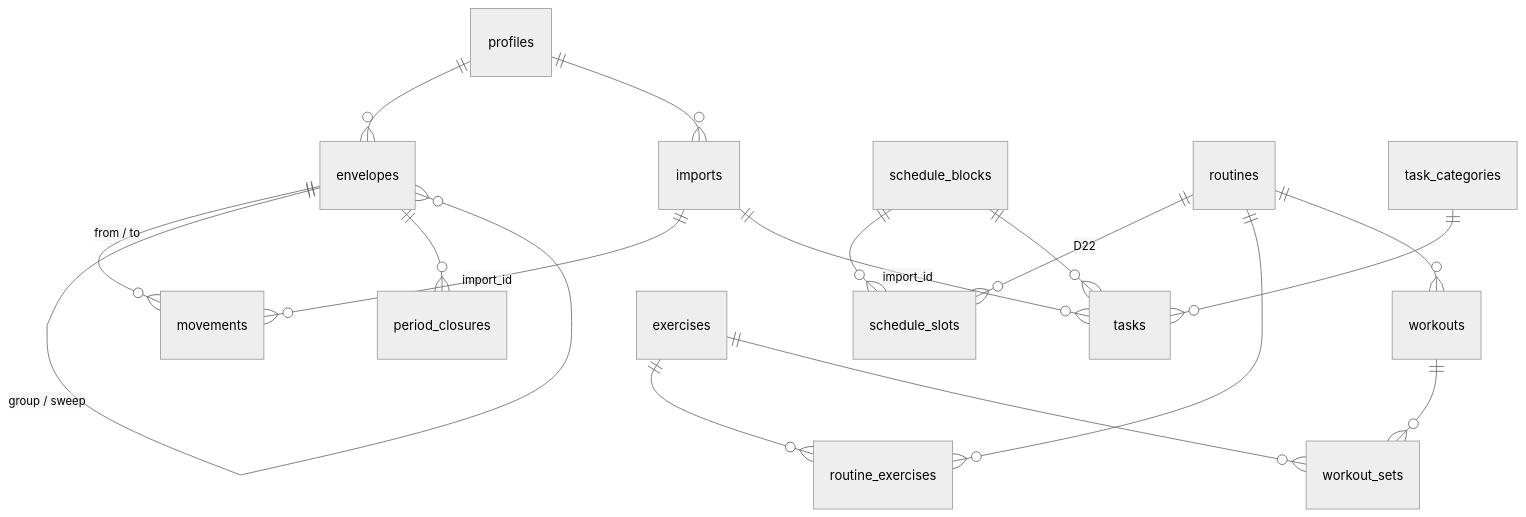
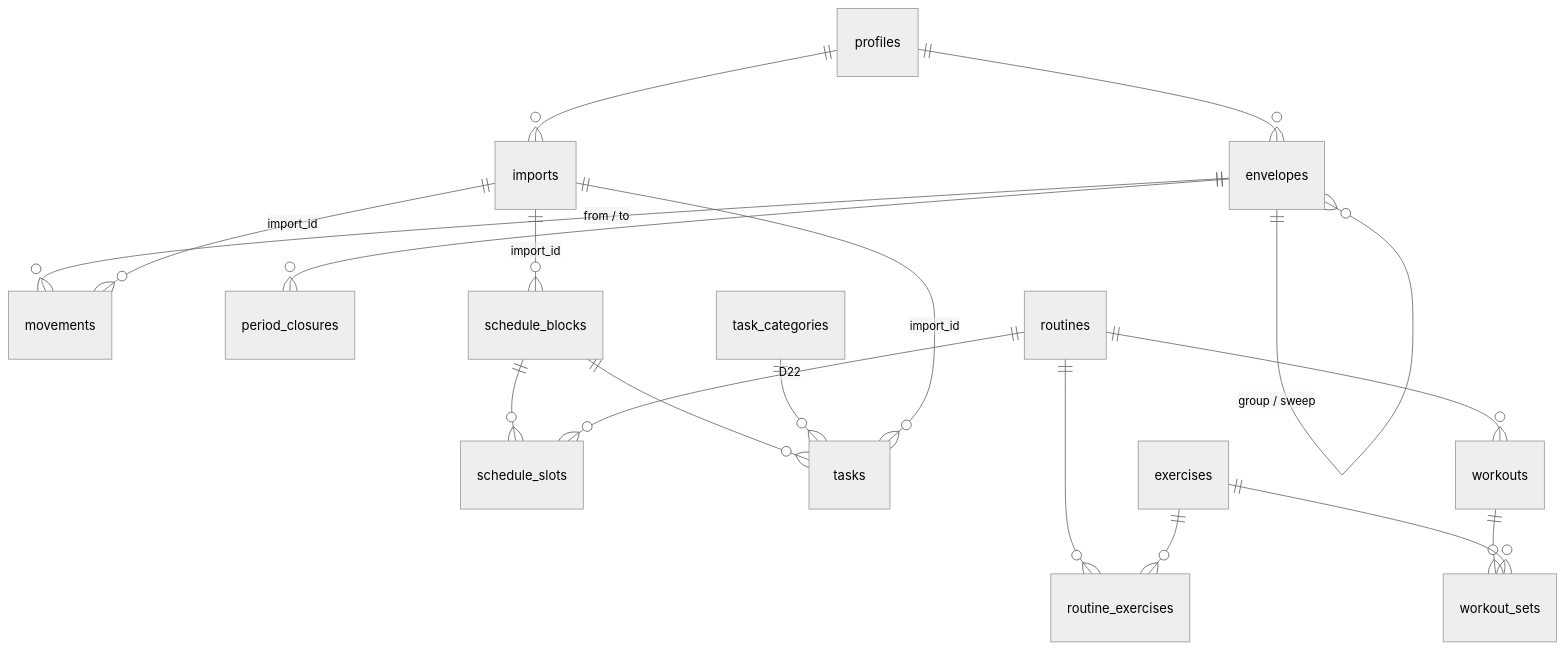
Before and after one commit to MartinMDevv/lock-in: the diagram in docs/MODELO_DATOS.md, drawn with Mermaid (neutral theme). The commit also changed other lines of this file and 2 other files, not shown here.

````diff
--- a/docs/MODELO_DATOS.md
+++ b/docs/MODELO_DATOS.md
@@ -14,19 +14,20 @@
 ```mermaid
 erDiagram
     profiles ||--o{ envelopes : ""
     profiles ||--o{ imports : ""
     envelopes ||--o{ movements : "from / to"
     envelopes ||--o{ envelopes : "group / sweep"
     envelopes ||--o{ period_closures : ""
     schedule_blocks ||--o{ schedule_slots : ""
     routines ||--o{ schedule_slots : "D22"
     schedule_blocks ||--o{ tasks : ""
     task_categories ||--o{ tasks : ""
     routines ||--o{ routine_exercises : ""
     exercises ||--o{ routine_exercises : ""
     routines ||--o{ workouts : ""
     workouts ||--o{ workout_sets : ""
     exercises ||--o{ workout_sets : ""
     imports ||--o{ movements : "import_id"
     imports ||--o{ tasks : "import_id"
+    imports ||--o{ schedule_blocks : "import_id"
 ```
````
